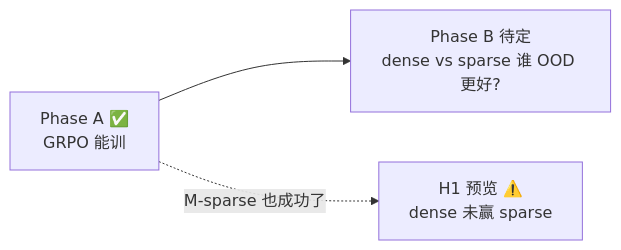
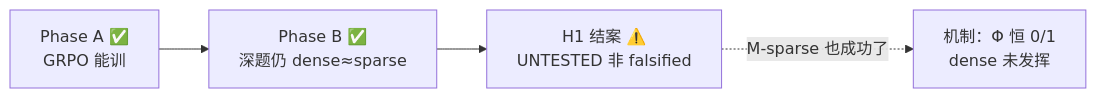
Before and after one commit to BoyuanZhu2021/research_2026: diagram 12 of 23 in LOGS/report_week2.md, drawn with Mermaid. The commit also changed other lines of this file, not shown here.

First line of the commit message:
Update Week 2 report with Phase B, H1 resolution, and Round-2 Stage 0.

````diff
--- a/LOGS/report_week2.md
+++ b/LOGS/report_week2.md
@@ -384,5 +800,6 @@
 ```mermaid
 flowchart LR
-    PA["Phase A ✅<br/>GRPO 能训"] --> PB["Phase B 待定<br/>dense vs sparse 谁 OOD 更好?"]
-    PA -.->|"M-sparse 也成功了"| H1warn["H1 预览 ⚠️<br/>dense 未赢 sparse"]
+    PA["Phase A ✅<br/>GRPO 能训"] --> PB["Phase B ✅<br/>深题仍 dense≈sparse"]
+    PB --> H1["H1 结案 ⚠️<br/>UNTESTED 非 falsified"]
+    H1 -.->|"M-sparse 也成功了"| H1warn["机制：Φ 恒 0/1<br/>dense 未发挥"]
 ```
````
